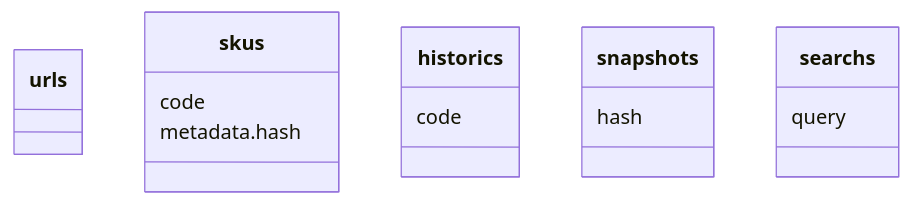
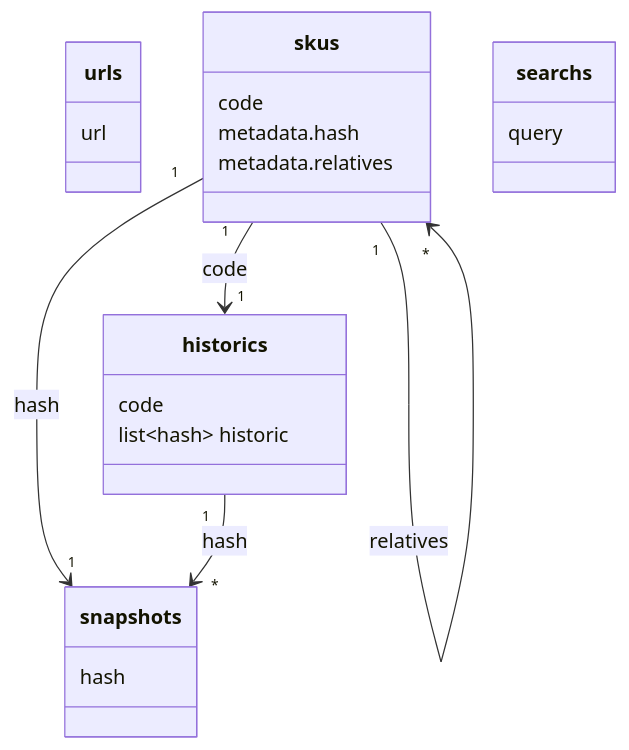
Before and after one commit to la-catalog/DATABASE: the diagram in MONGODB.md, drawn with Mermaid.

````diff
--- a/MONGODB.md
+++ b/MONGODB.md
@@ -6,22 +6,30 @@
 ```mermaid
 classDiagram
   class urls{
+    url
   }
   
   class skus{
     code
     metadata.hash
+    metadata.relatives
   }
 
   class historics{
     code
+    list~hash~ historic
   }
 
   class snapshots{
     hash
   }
   
   class searchs{
     query
   }
+  
+  skus "1" --> "1" historics : code
+  skus "1" --> "1" snapshots : hash
+  skus "1" --> "*" skus : relatives
+  historics "1" --> "*" snapshots : hash
 ```
````
